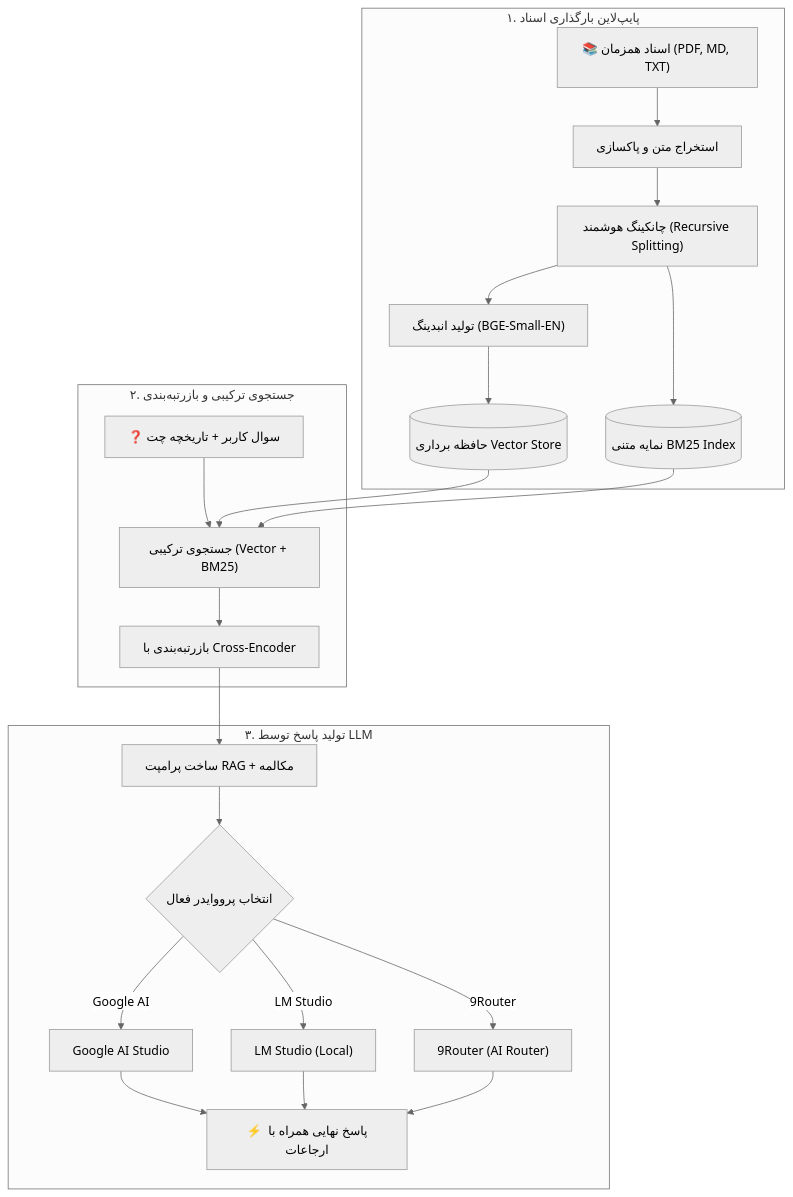
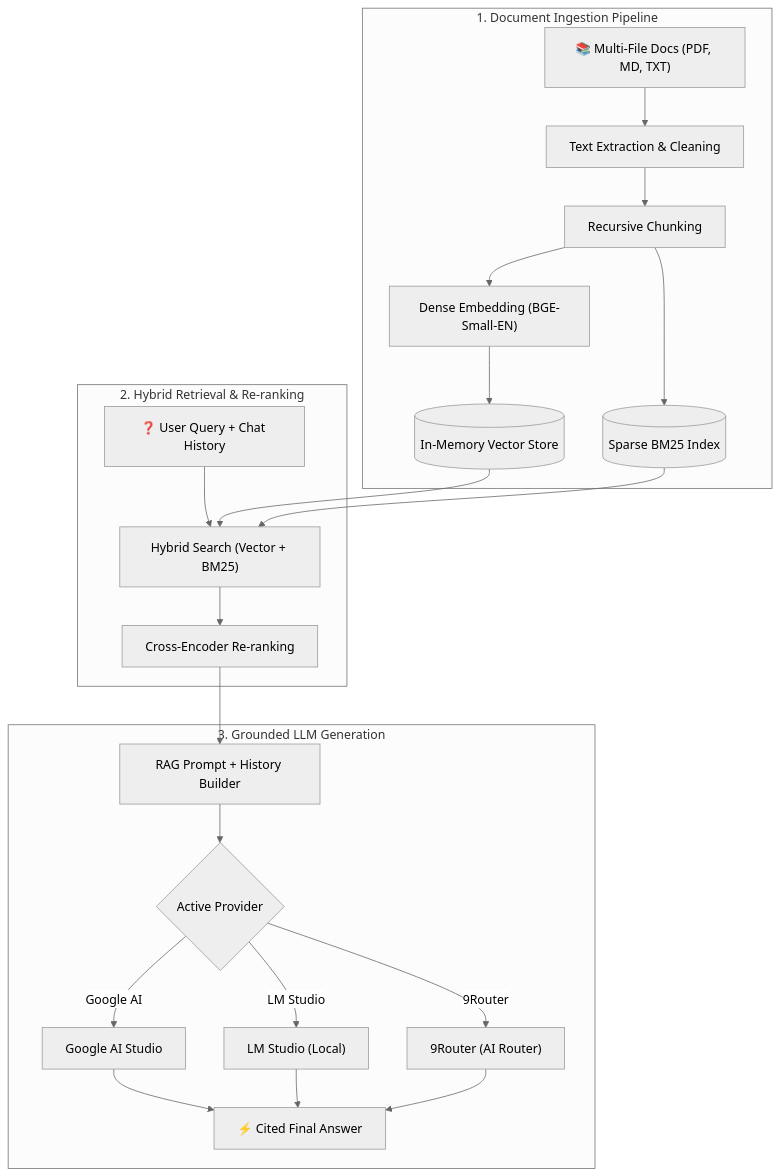
Before and after one commit to AmirGhz-2030/rag-nexus: the diagram in README.md, drawn with Mermaid (neutral theme). The commit also changed other lines of this file and 1 other file, not shown here.

````diff
--- a/README.md
+++ b/README.md
@@ -49,28 +53,28 @@
 ```mermaid
 flowchart TD
-    subgraph Ingestion ["۱. پایپ‌لاین بارگذاری اسناد"]
-        Docs["📚 اسناد همزمان (PDF, MD, TXT)"] --> Extractor["استخراج متن و پاکسازی"]
-        Extractor --> Splitter["چانکینگ هوشمند (Recursive Splitting)"]
-        Splitter --> Embedder["تولید انبدینگ (BGE-Small-EN)"]
-        Embedder --> VectorStore[("حافظه برداری Vector Store")]
-        Splitter --> BM25Index[("نمایه متنی BM25 Index")]
+    subgraph Ingestion ["1. Document Ingestion Pipeline"]
+        Docs["📚 Multi-File Docs (PDF, MD, TXT)"] --> Extractor["Text Extraction & Cleaning"]
+        Extractor --> Splitter["Recursive Chunking"]
+        Splitter --> Embedder["Dense Embedding (BGE-Small-EN)"]
+        Embedder --> VectorStore[("In-Memory Vector Store")]
+        Splitter --> BM25Index[("Sparse BM25 Index")]
     end
 
-    subgraph Retrieval ["۲. جستجوی ترکیبی و بازرتبه‌بندی"]
-        UserQuery["❓ سوال کاربر + تاریخچه چت"] --> Hybrid["جستجوی ترکیبی (Vector + BM25)"]
+    subgraph Retrieval ["2. Hybrid Retrieval & Re-ranking"]
+        UserQuery["❓ User Query + Chat History"] --> Hybrid["Hybrid Search (Vector + BM25)"]
         VectorStore --> Hybrid
         BM25Index --> Hybrid
-        Hybrid --> Reranker["بازرتبه‌بندی با Cross-Encoder"]
+        Hybrid --> Reranker["Cross-Encoder Re-ranking"]
     end
 
-    subgraph Generation ["۳. تولید پاسخ توسط LLM"]
-        Reranker --> PromptEngine["ساخت پرامپت RAG + مکالمه"]
-        PromptEngine --> Router{"انتخاب پرووایدر فعال"}
+    subgraph Generation ["3. Grounded LLM Generation"]
+        Reranker --> PromptEngine["RAG Prompt + History Builder"]
+        PromptEngine --> Router{"Active Provider"}
         Router -->|Google AI| GeminiAPI["Google AI Studio"]
         Router -->|LM Studio| LocalLLM["LM Studio (Local)"]
         Router -->|9Router| NineRouter["9Router (AI Router)"]
-        GeminiAPI --> Response["⚡ پاسخ نهایی همراه با ارجاعات"]
+        GeminiAPI --> Response["⚡ Cited Final Answer"]
         LocalLLM --> Response
         NineRouter --> Response
     end
 ```
````
